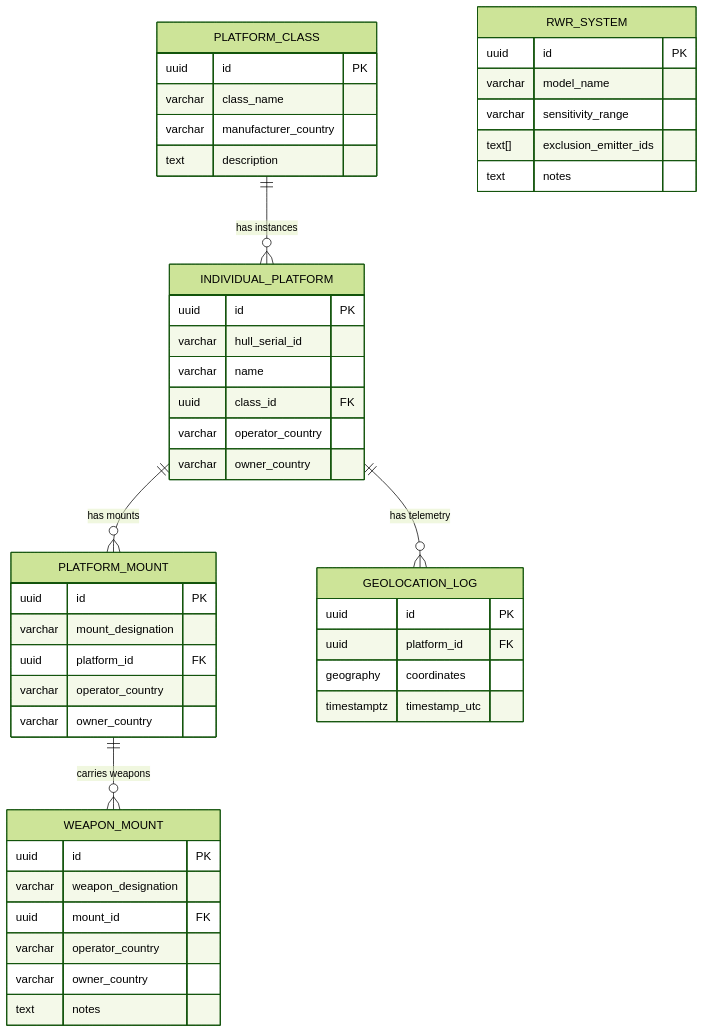
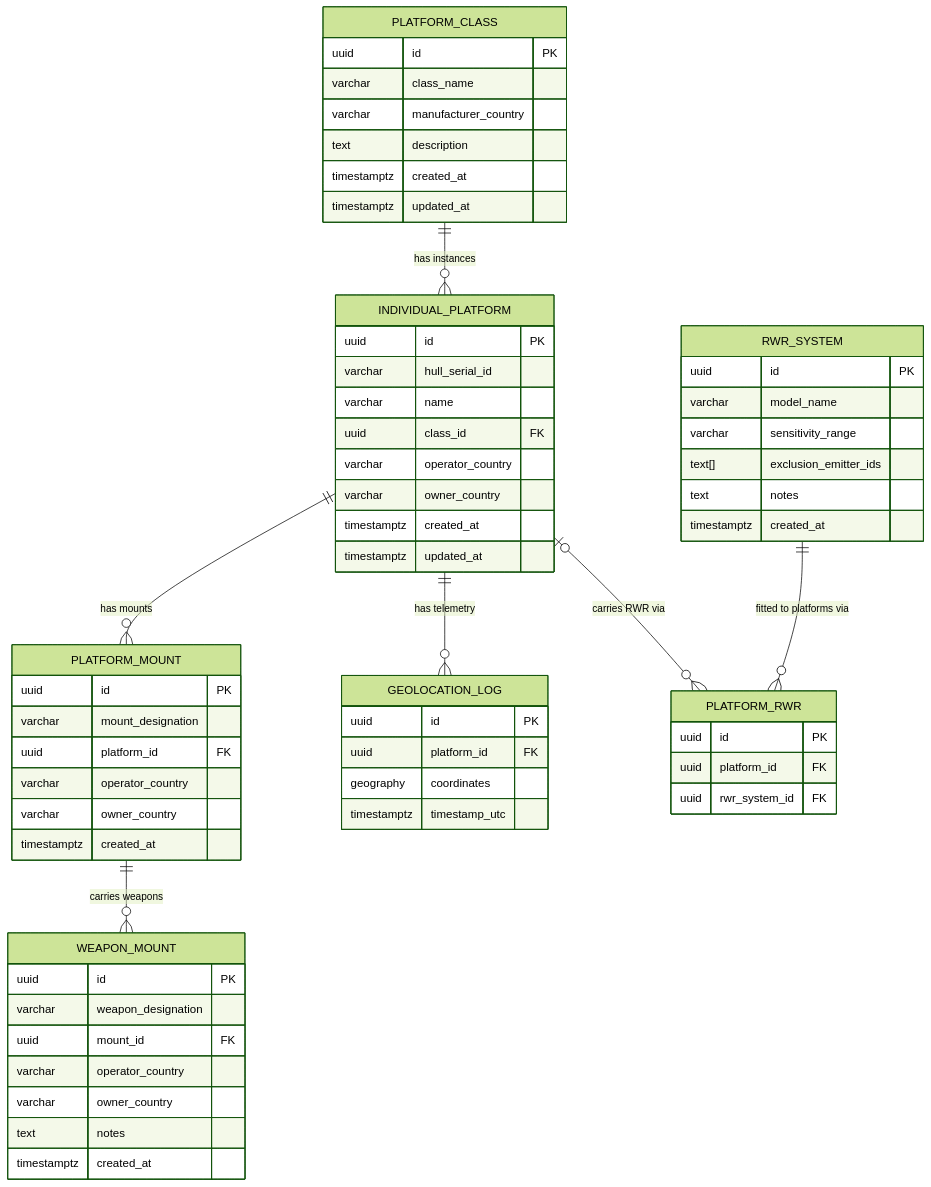
One commit to DXCSithlordPadawan/curator changed the second of 3 diagrams in docs/ARCHITECTURE.md. Above: the diagram before and after it, drawn with Mermaid (forest theme). The commit also changed other lines of this file and 14 other files, not shown here.

````diff
--- a/docs/ARCHITECTURE.md
+++ b/docs/ARCHITECTURE.md
@@ -80,50 +85,64 @@
 ```mermaid
 erDiagram
     PLATFORM_CLASS {
         uuid id PK
         varchar class_name
         varchar manufacturer_country
         text description
+        timestamptz created_at
+        timestamptz updated_at
     }
     INDIVIDUAL_PLATFORM {
         uuid id PK
         varchar hull_serial_id
         varchar name
         uuid class_id FK
         varchar operator_country
         varchar owner_country
+        timestamptz created_at
+        timestamptz updated_at
     }
     PLATFORM_MOUNT {
         uuid id PK
         varchar mount_designation
         uuid platform_id FK
         varchar operator_country
         varchar owner_country
+        timestamptz created_at
     }
     WEAPON_MOUNT {
         uuid id PK
         varchar weapon_designation
         uuid mount_id FK
         varchar operator_country
         varchar owner_country
         text notes
+        timestamptz created_at
     }
     RWR_SYSTEM {
         uuid id PK
         varchar model_name
         varchar sensitivity_range
         text[] exclusion_emitter_ids
         text notes
+        timestamptz created_at
+    }
+    PLATFORM_RWR {
+        uuid id PK
+        uuid platform_id FK
+        uuid rwr_system_id FK
     }
     GEOLOCATION_LOG {
         uuid id PK
         uuid platform_id FK
         geography coordinates
         timestamptz timestamp_utc
     }
 
-    PLATFORM_CLASS ||--o{ INDIVIDUAL_PLATFORM : "has instances"
-    INDIVIDUAL_PLATFORM ||--o{ PLATFORM_MOUNT : "has mounts"
-    INDIVIDUAL_PLATFORM ||--o{ GEOLOCATION_LOG : "has telemetry"
-    PLATFORM_MOUNT ||--o{ WEAPON_MOUNT : "carries weapons"
+    PLATFORM_CLASS         ||--o{ INDIVIDUAL_PLATFORM : "has instances"
+    INDIVIDUAL_PLATFORM    ||--o{ PLATFORM_MOUNT      : "has mounts"
+    INDIVIDUAL_PLATFORM    ||--o{ GEOLOCATION_LOG     : "has telemetry"
+    INDIVIDUAL_PLATFORM    |o--o{ PLATFORM_RWR        : "carries RWR via"
+    RWR_SYSTEM             ||--o{ PLATFORM_RWR        : "fitted to platforms via"
+    PLATFORM_MOUNT         ||--o{ WEAPON_MOUNT        : "carries weapons"
 ```
````
